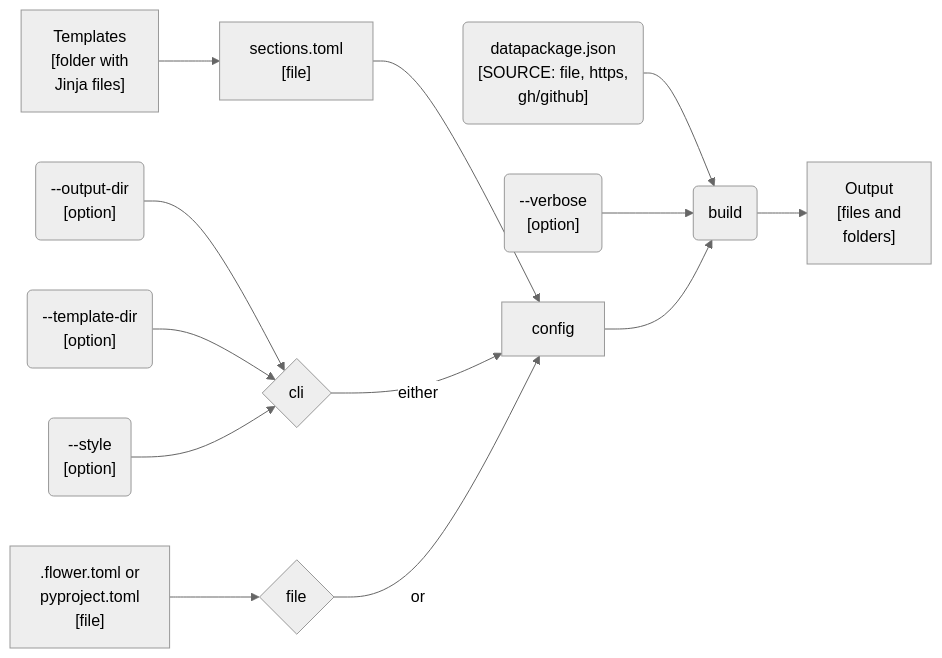
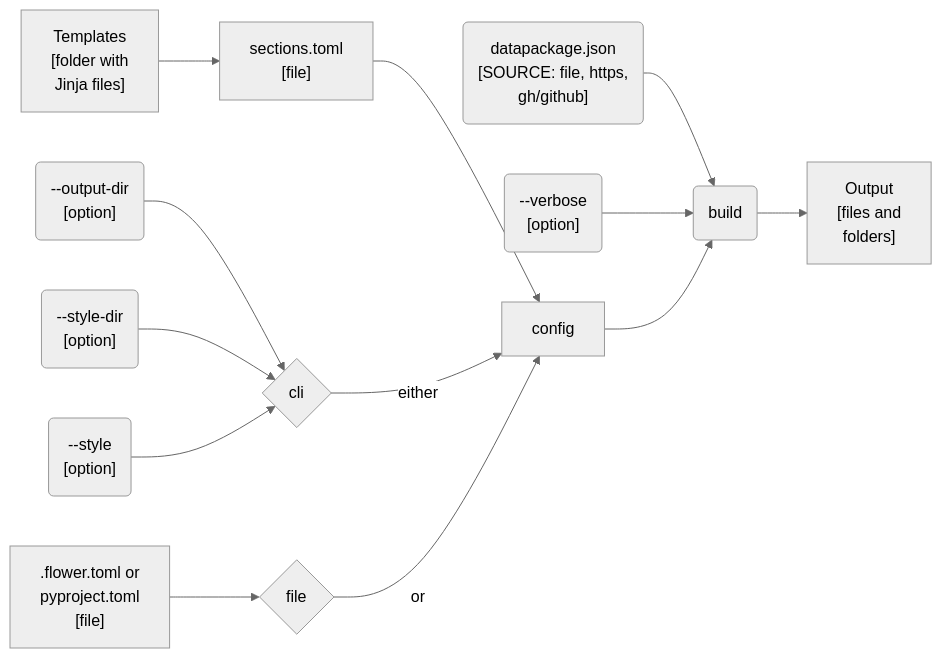
The first of 2 diagrams in docs/design/interface/cli.qmd (seedcase-project/seedcase-flower), drawn with Mermaid (neutral theme) before and after one commit. The commit also changed other lines of this file and 14 other files, not shown here.

First line of the commit message:
refactor: :truck: rename `template-dir` to `style-dir`

````diff
--- a/docs/design/interface/cli.qmd
+++ b/docs/design/interface/cli.qmd
@@ -52,32 +52,32 @@
 ```{mermaid}
 %%| label: fig-cli-build-flow
 %%| fig-cap: "The flow of input and output through the CLI `build` command."
 %%| fig-alt: "Diagram showing the flow of input and output through the CLI `build` command. The user provides the source of the `datapackage.json` file and an optional style, which are used by the `build` command to generate output files and folders."
 flowchart LR
     source("datapackage.json<br>[SOURCE: file, https,<br>gh/github]")
     config_file[".flower.toml or<br>pyproject.toml<br>[file]"]
     config_sections_file["sections.toml<br>[file]"]
     build("build")
     style_opt("--style<br>[option]")
     verbose_opt("--verbose<br>[option]")
     output_dir_opt("--output-dir<br>[option]")
-    template_dir_opt("--template-dir<br>[option]")
+    style_dir_opt("--style-dir<br>[option]")
     templates["Templates<br>[folder with<br>Jinja files]"]
     output["Output<br>[files and<br>folders]"]
     file{"file"}
     cli{"cli"}
 
     source --> build
     config_file --> file
     output_dir_opt --> cli
-    template_dir_opt --> cli
+    style_dir_opt --> cli
     style_opt --> cli
 
     templates --> config_sections_file
     config_sections_file --> config
     cli -- "either" --> config
     file -- "or" --> config
     verbose_opt --> build
     config --> build
     build --> output
 ```
````
